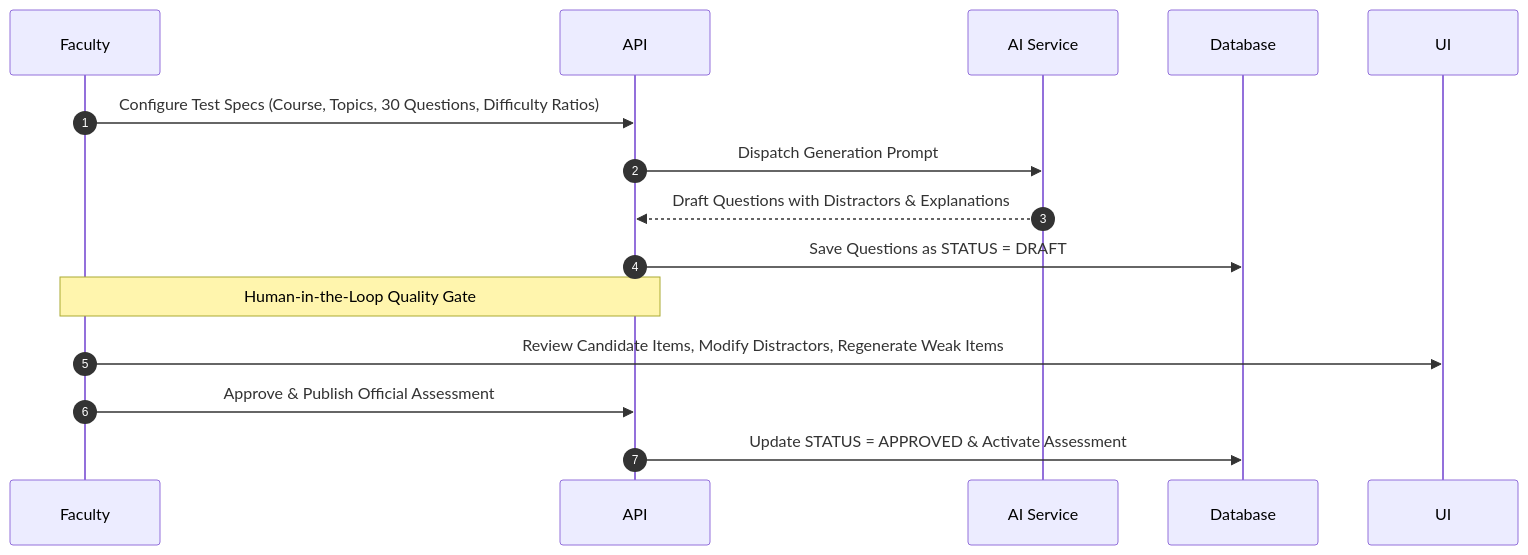
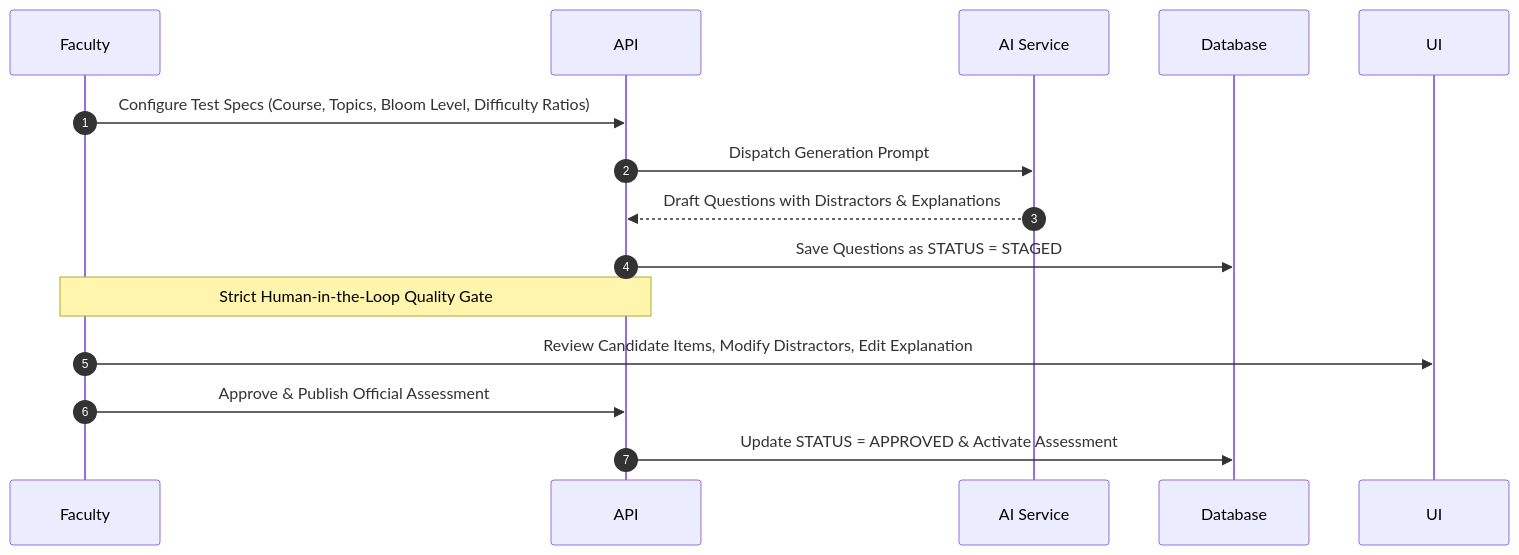
One commit to Jigar-CS/CS26029-AdaptIQ changed the sixth of 8 diagrams in README.md. Above: the diagram before and after it, drawn with Mermaid. The commit also changed other lines of this file and 3 other files, not shown here.

````diff
--- a/README.md
+++ b/README.md
@@ -450,12 +437,12 @@
 ```mermaid
 sequenceDiagram
     autonumber
-    Faculty->>API: Configure Test Specs (Course, Topics, 30 Questions, Difficulty Ratios)
+    Faculty->>API: Configure Test Specs (Course, Topics, Bloom Level, Difficulty Ratios)
     API->>AI Service: Dispatch Generation Prompt
     AI Service-->>API: Draft Questions with Distractors & Explanations
-    API->>Database: Save Questions as STATUS = DRAFT
-    Note over Faculty, API: Human-in-the-Loop Quality Gate
-    Faculty->>UI: Review Candidate Items, Modify Distractors, Regenerate Weak Items
+    API->>Database: Save Questions as STATUS = STAGED
+    Note over Faculty, API: Strict Human-in-the-Loop Quality Gate
+    Faculty->>UI: Review Candidate Items, Modify Distractors, Edit Explanation
     Faculty->>API: Approve & Publish Official Assessment
     API->>Database: Update STATUS = APPROVED & Activate Assessment
 ```
````
